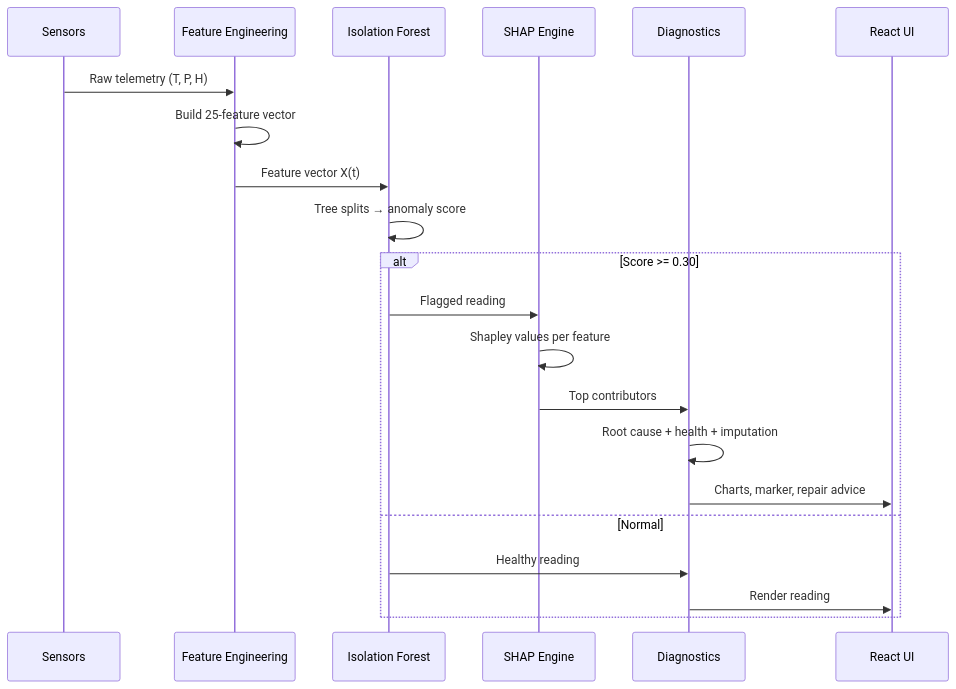
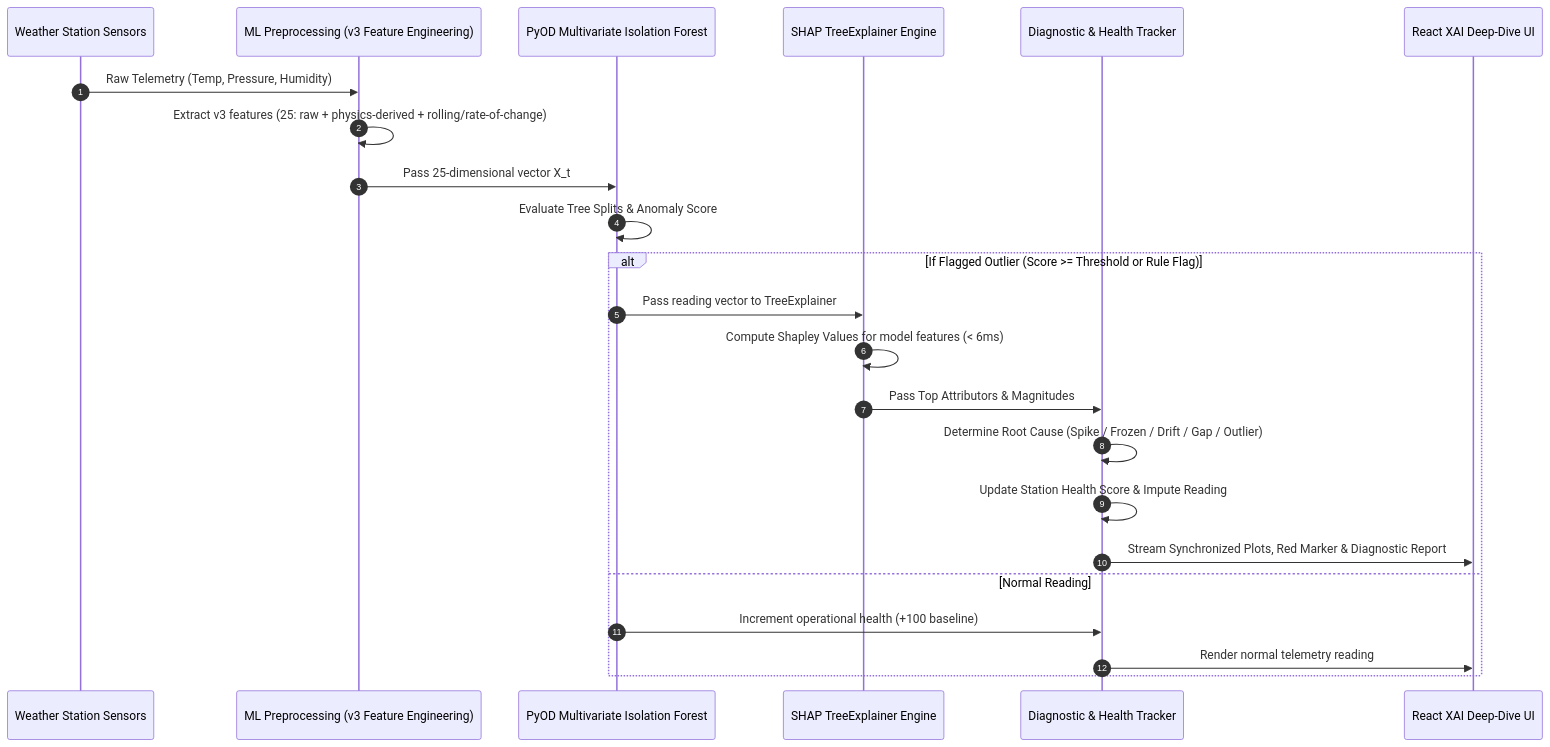
Before and after one commit to dineshkumarpanda408-arch/SIH26_SkyGuard: the second of 2 diagrams in README.md, drawn with Mermaid. The commit also changed other lines of this file and 7 other files, not shown here.

````diff
--- a/README.md
+++ b/README.md
@@ -198,24 +179,27 @@
 ```mermaid
 sequenceDiagram
-    participant AWS as Sensors
-    participant Pipe as Feature Engineering
-    participant Det as Isolation Forest
-    participant Exp as SHAP Engine
-    participant Dia as Diagnostics
-    participant UI as React UI
+    autonumber
+    participant AWS as Weather Station Sensors
+    participant Pipeline as ML Preprocessing (v3 Feature Engineering)
+    participant Detector as PyOD Multivariate Isolation Forest
+    participant Explainer as SHAP TreeExplainer Engine
+    participant Diagnostic as Diagnostic & Health Tracker
+    participant UI as React XAI Deep-Dive UI
 
-    AWS->>Pipe: Raw telemetry (T, P, H)
-    Pipe->>Pipe: Build 25-feature vector
-    Pipe->>Det: Feature vector X(t)
-    Det->>Det: Tree splits → anomaly score
-    alt Score >= 0.30
-        Det->>Exp: Flagged reading
-        Exp->>Exp: Shapley values per feature
-        Exp->>Dia: Top contributors
-        Dia->>Dia: Root cause + health + imputation
-        Dia->>UI: Charts, marker, repair advice
-    else Normal
-        Det->>Dia: Healthy reading
-        Dia->>UI: Render reading
+    AWS->>Pipeline: Raw Telemetry (Temp, Pressure, Humidity)
+    Pipeline->>Pipeline: Extract v3 features (25: raw + physics-derived + rolling/rate-of-change)
+    Pipeline->>Detector: Pass 25-dimensional vector X_t
+    Detector->>Detector: Evaluate Tree Splits & Anomaly Score
+    
+    alt If Flagged Outlier (Score >= Threshold or Rule Flag)
+        Detector->>Explainer: Pass reading vector to TreeExplainer
+        Explainer->>Explainer: Compute Shapley Values for model features (< 6ms)
+        Explainer->>Diagnostic: Pass Top Attributors & Magnitudes
+        Diagnostic->>Diagnostic: Determine Root Cause (Spike / Frozen / Drift / Gap / Outlier)
+        Diagnostic->>Diagnostic: Update Station Health Score & Impute Reading
+        Diagnostic->>UI: Stream Synchronized Plots, Red Marker & Diagnostic Report
+    else Normal Reading
+        Detector->>Diagnostic: Increment operational health (+100 baseline)
+        Diagnostic->>UI: Render normal telemetry reading
     end
 ```
````
